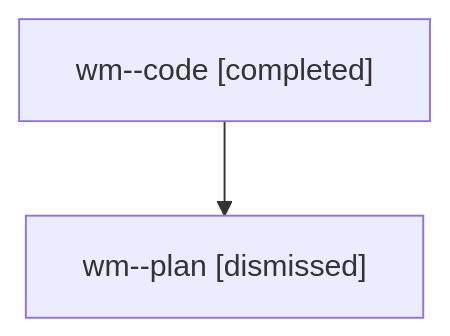
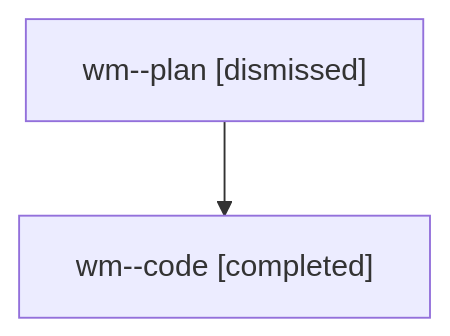
Before and after one commit to bobs-org/bob-cli--agents: the diagram in families/bbugyi200.athena.wm.md, drawn with Mermaid. The commit also changed 16 other files, not shown here.

````diff
--- a/families/bbugyi200.athena.wm.md
+++ b/families/bbugyi200.athena.wm.md
@@ -9,6 +9,6 @@
 ```mermaid
 flowchart TD
-  n0["wm--code [completed]"]
-  n1["wm--plan [dismissed]"]
+  n0["wm--plan [dismissed]"]
+  n1["wm--code [completed]"]
   n0 --> n1
 ```
````
